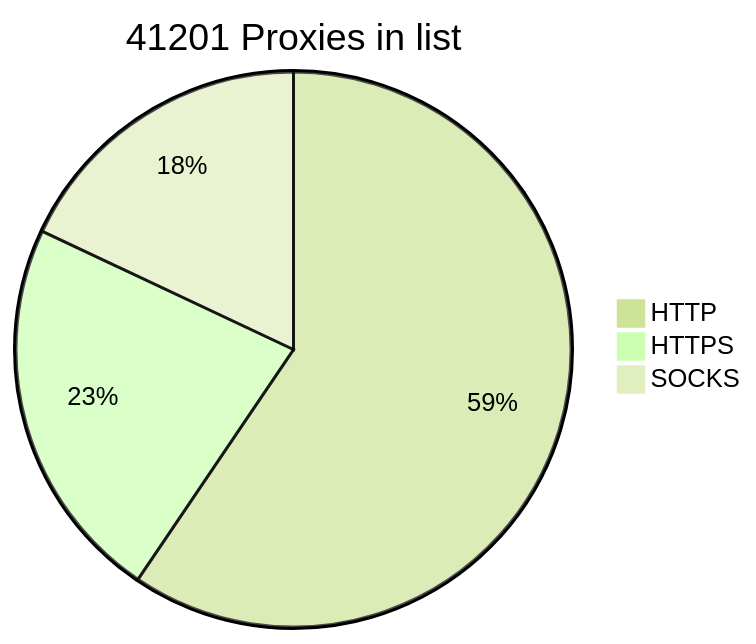
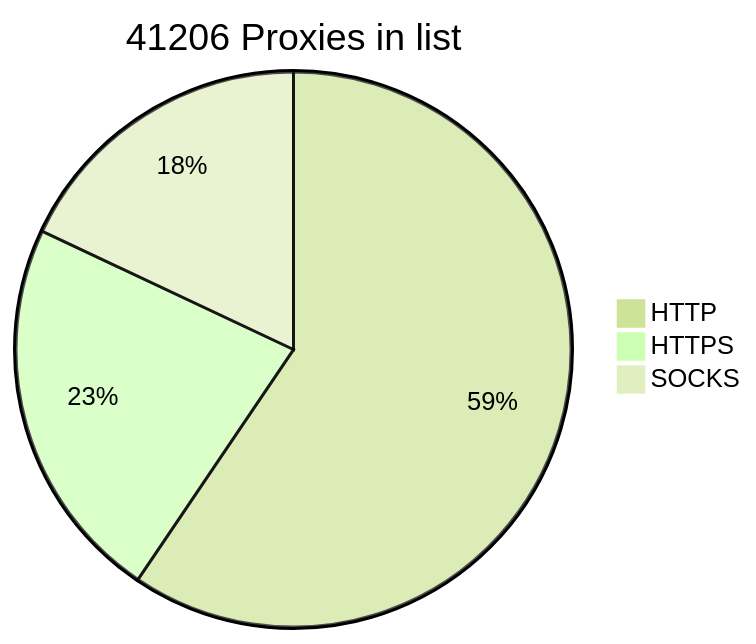
Before and after one commit to BlackSnowDot/proxylist-update-every-minute: the diagram in README.md, drawn with Mermaid (forest theme).

````diff
--- a/README.md
+++ b/README.md
@@ -2,6 +2,6 @@
 ```mermaid
-pie title 41201 Proxies in list
-    "HTTP" : 28829
-    "HTTPS": 10924
+pie title 41206 Proxies in list
+    "HTTP" : 28827
+    "HTTPS": 10928
     "SOCKS" : 8724
 ```
````
